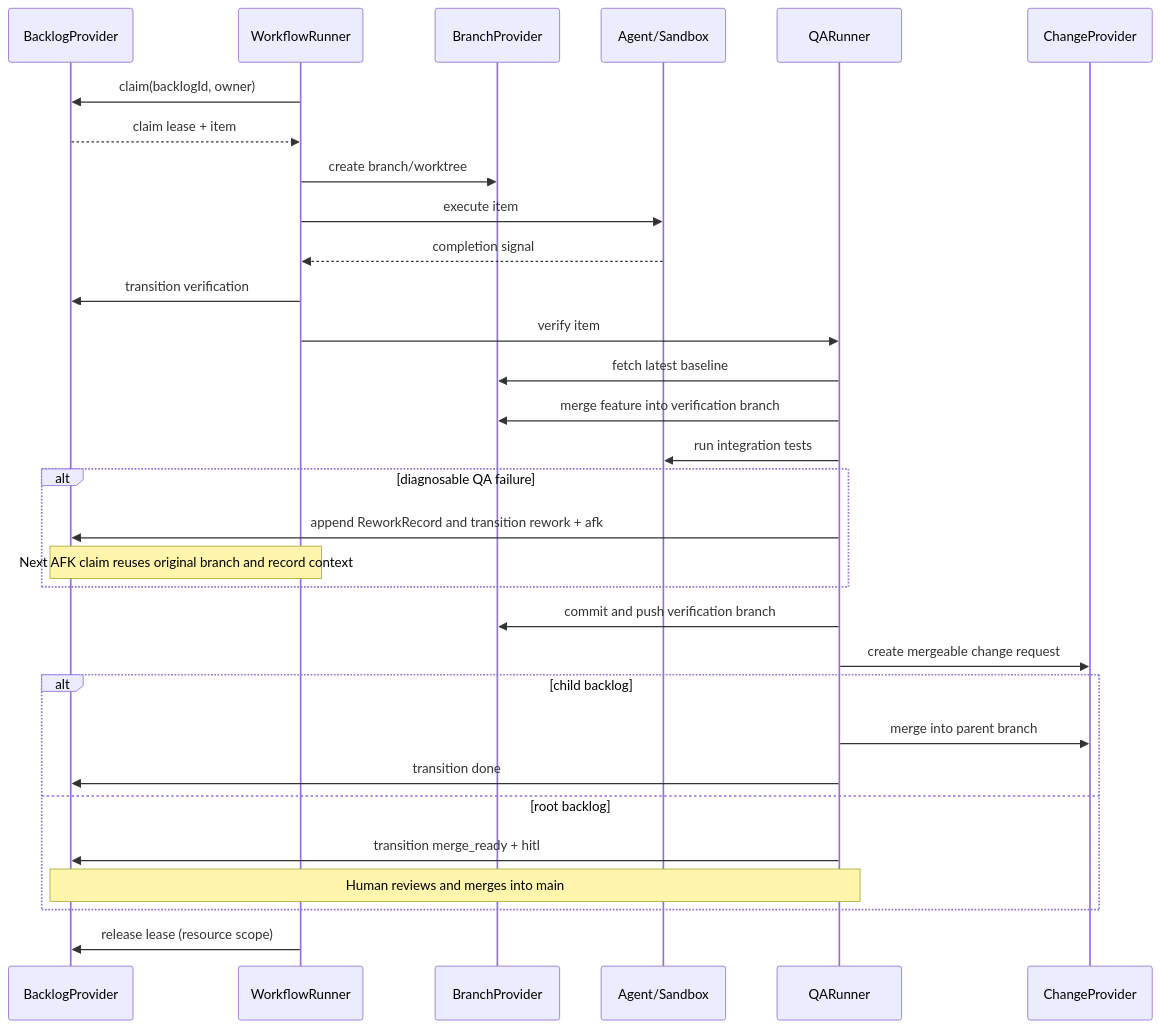
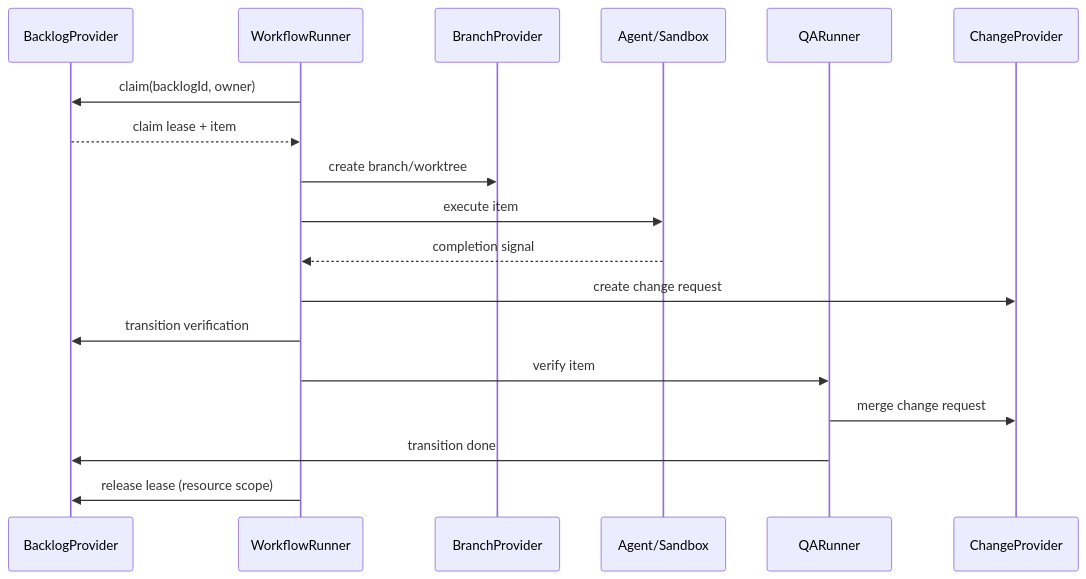
The diagram in docs/ARCHITECTURE.md (easyhaloo/afk), drawn with Mermaid before and after one commit. The commit also changed other lines of this file and 291 other files, not shown here.

````diff
--- a/docs/ARCHITECTURE.md
+++ b/docs/ARCHITECTURE.md
@@ -81,34 +75,21 @@
 ```mermaid
 sequenceDiagram
     participant P as BacklogProvider
     participant R as WorkflowRunner
     participant B as BranchProvider
     participant A as Agent/Sandbox
     participant Q as QARunner
     participant C as ChangeProvider
 
     R->>P: claim(backlogId, owner)
     P-->>R: claim lease + item
     R->>B: create branch/worktree
     R->>A: execute item
     A-->>R: completion signal
+    R->>C: create change request
     R->>P: transition verification
     R->>Q: verify item
-    Q->>B: fetch latest baseline
-    Q->>B: merge feature into verification branch
-    Q->>A: run integration tests
-    alt diagnosable QA failure
-      Q->>P: append ReworkRecord and transition rework + afk
-      Note over P,R: Next AFK claim reuses original branch and record context
-    end
-    Q->>B: commit and push verification branch
-    Q->>C: create mergeable change request
-    alt child backlog
-      Q->>C: merge into parent branch
-      Q->>P: transition done
-    else root backlog
-      Q->>P: transition merge_ready + hitl
-      Note over Q,P: Human reviews and merges into main
-    end
+    Q->>C: merge change request
+    Q->>P: transition done
     R->>P: release lease (resource scope)
 ```
````
